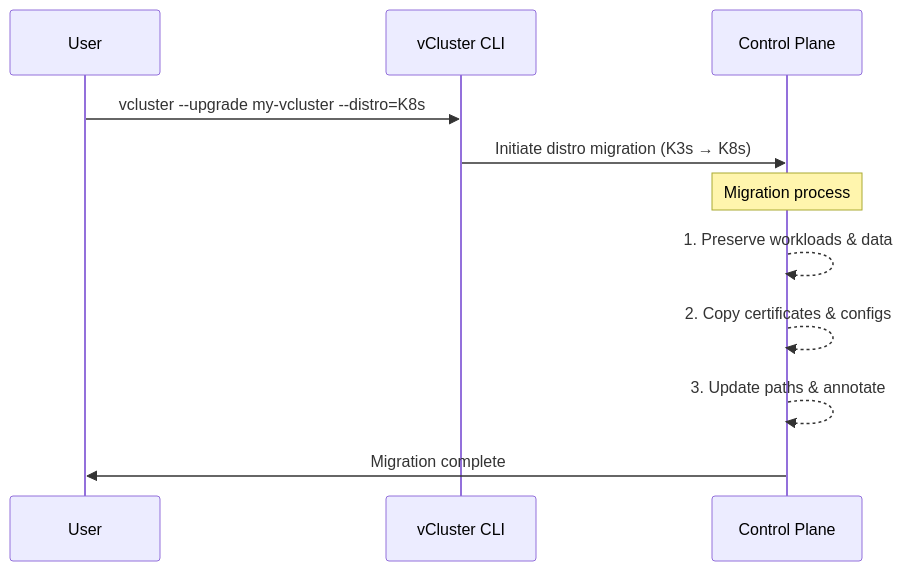
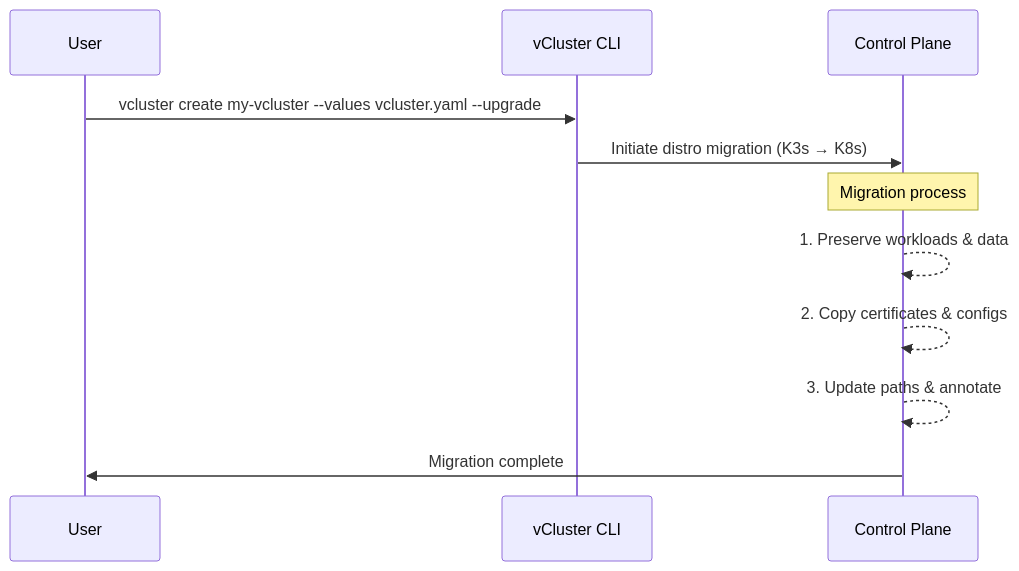
One commit to loft-sh/vcluster-docs changed the diagram in vcluster/manage/upgrade/distro-migration.mdx. Above: the diagram before and after it, drawn with Mermaid. The commit also changed other lines of this file and 2 other files, not shown here.

````diff
--- a/vcluster/manage/upgrade/distro-migration.mdx
+++ b/vcluster/manage/upgrade/distro-migration.mdx
@@ -41,14 +41,14 @@
 ```mermaid
 sequenceDiagram
     participant User
     participant CLI as vCluster CLI
     participant CP as Control Plane
 
-    User->>CLI: vcluster --upgrade my-vcluster --distro=K8s
+    User->>CLI: vcluster create my-vcluster --values vcluster.yaml --upgrade
     CLI->>CP: Initiate distro migration (K3s → K8s)
     Note over CP: Migration process
     CP-->>CP: 1. Preserve workloads & data
     CP-->>CP: 2. Copy certificates & configs
     CP-->>CP: 3. Update paths & annotate
     CP->>User: Migration complete
 ```
````
